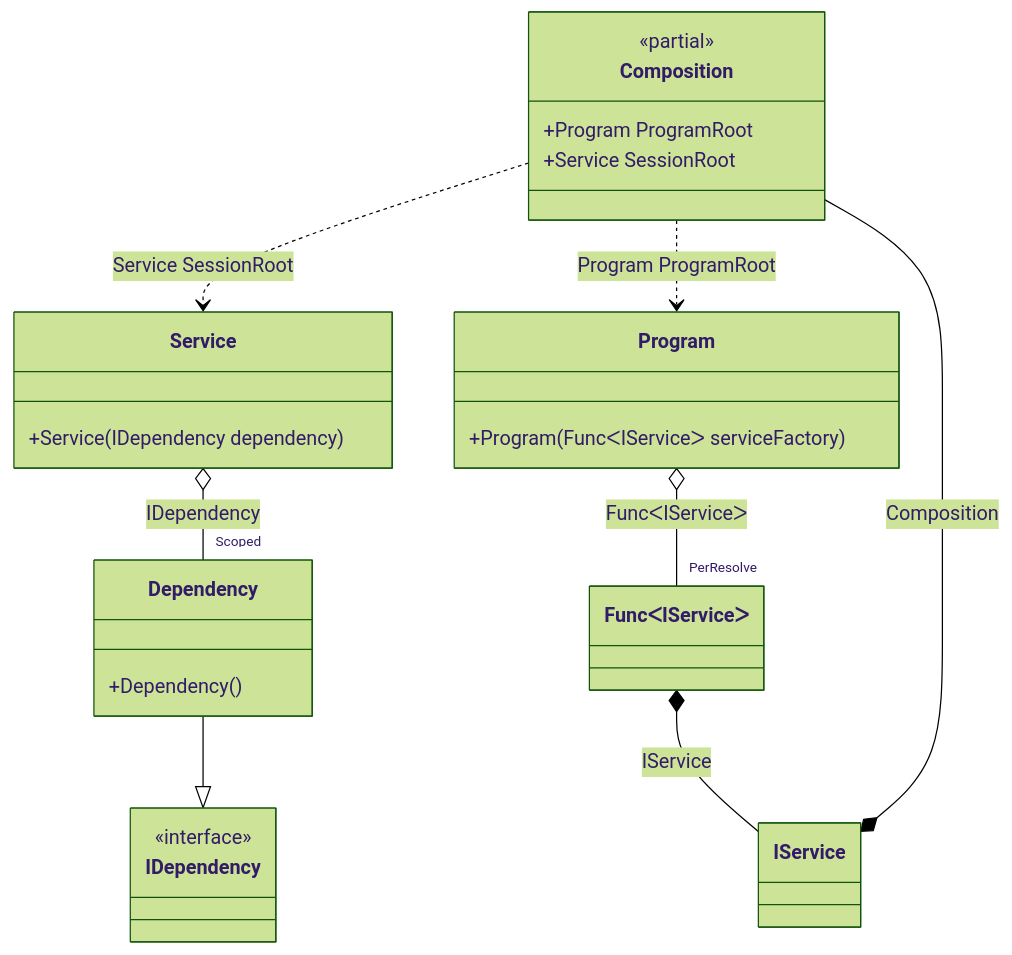
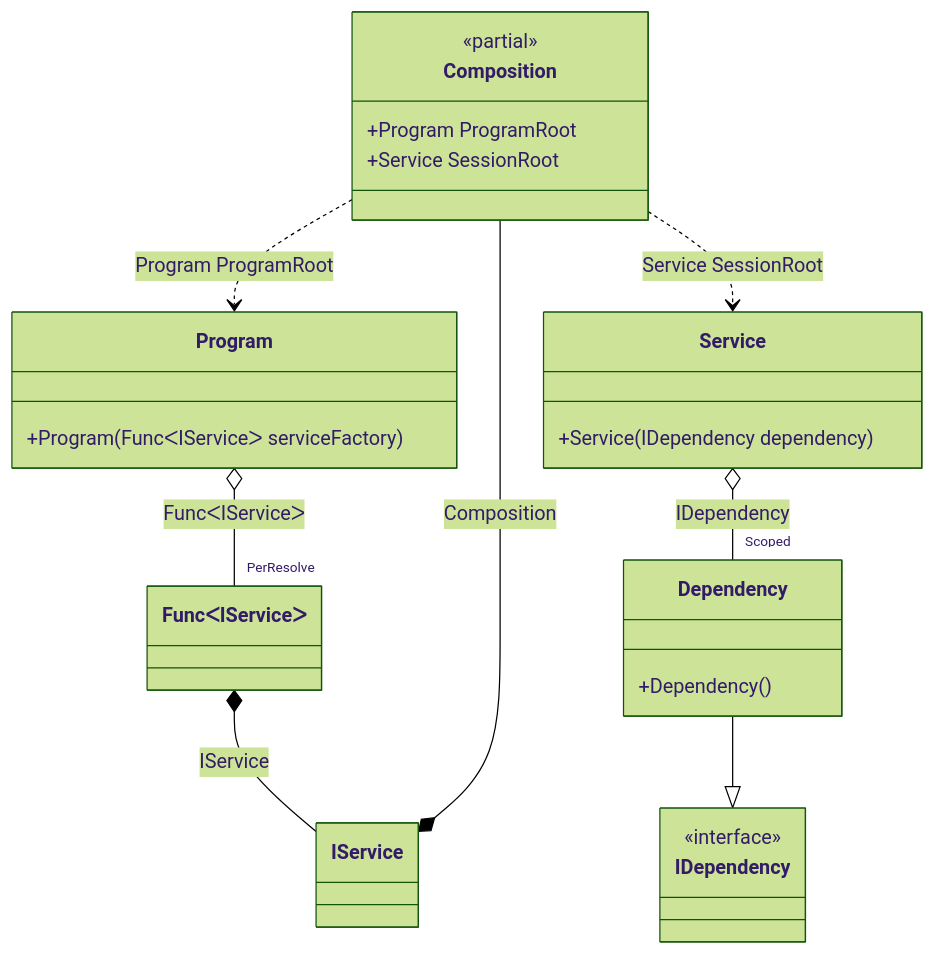
The diagram in readme/auto-scoped.md (DevTeam/Pure.DI), drawn with Mermaid (forest theme) before and after one commit. The commit also changed other lines of this file and 90 other files, not shown here.

````diff
--- a/readme/auto-scoped.md
+++ b/readme/auto-scoped.md
@@ -149,30 +149,30 @@
 ```mermaid
 classDiagram
 	class Composition {
 		<<partial>>
 		+Program ProgramRoot
 		+Service SessionRoot
 	}
+	class Service {
+		+Service(IDependency dependency)
+	}
 	class Program {
 		+Program(FuncᐸIServiceᐳ serviceFactory)
 	}
-	class Service {
-		+Service(IDependency dependency)
-	}
-	class IService
 	Dependency --|> IDependency
 	class Dependency {
 		+Dependency()
 	}
+	class IService
 	class FuncᐸIServiceᐳ
 	class Composition
 	class IDependency {
 		<<interface>>
 	}
+	Service o-- "Scoped" Dependency : IDependency
 	Program o-- "PerResolve" FuncᐸIServiceᐳ : FuncᐸIServiceᐳ
-	Service o-- "Scoped" Dependency : IDependency
+	Composition ..> Program : Program ProgramRoot
+	Composition ..> Service : Service SessionRoot
 	IService *--  Composition : Composition
-	Composition ..> Service : Service SessionRoot
-	Composition ..> Program : Program ProgramRoot
 	FuncᐸIServiceᐳ *--  IService : IService
 ```
````
